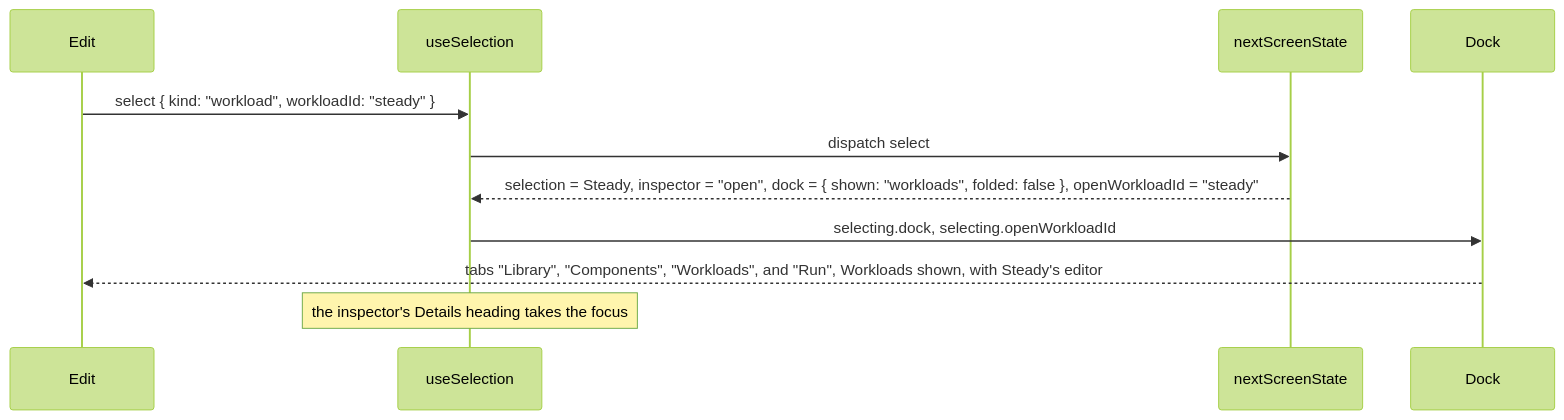
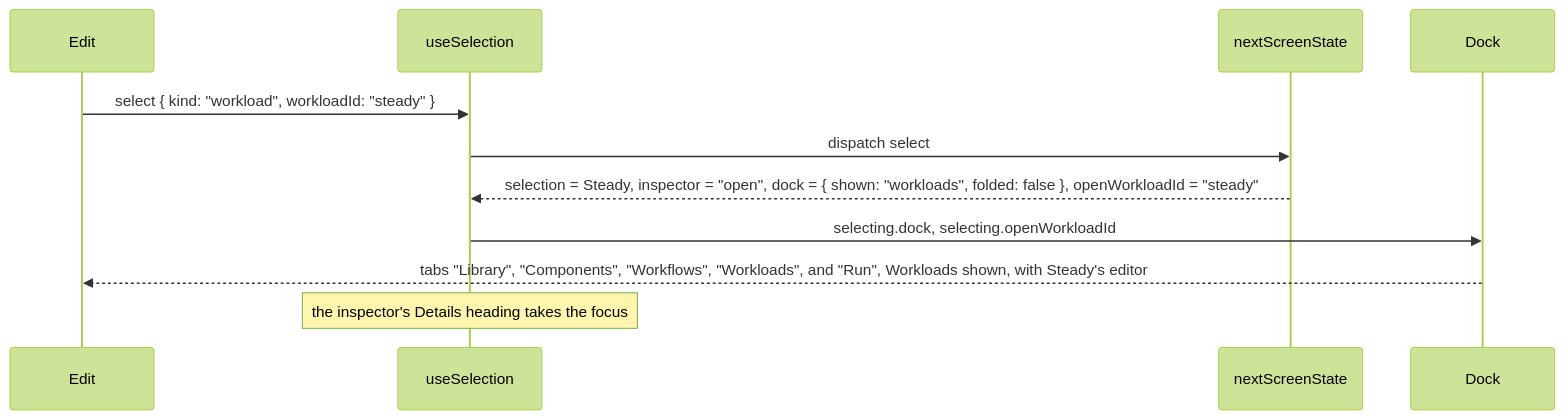
Before and after one commit to alanbickel/wind-tunnel: the fourth of 4 diagrams in docs/architecture/user-interface.md, drawn with Mermaid (forest theme). The commit also changed other lines of this file and 62 other files, not shown here.

Commit message:
feat(ui): add the dock's Workflows tab, move the outline out of the inspector, and remove the workflow picker (#271)

````diff
--- a/docs/architecture/user-interface.md
+++ b/docs/architecture/user-interface.md
@@ -278,13 +278,13 @@
 ```mermaid
 sequenceDiagram
     participant edit as Edit
     participant selection as useSelection
     participant state as nextScreenState
     participant dock as Dock
     edit->>selection: select { kind: "workload", workloadId: "steady" }
     selection->>state: dispatch select
     state-->>selection: selection = Steady, inspector = "open", dock = { shown: "workloads", folded: false }, openWorkloadId = "steady"
     selection->>dock: selecting.dock, selecting.openWorkloadId
-    dock-->>edit: tabs "Library", "Components", "Workloads", and "Run", Workloads shown, with Steady's editor
+    dock-->>edit: tabs "Library", "Components", "Workflows", "Workloads", and "Run", Workloads shown, with Steady's editor
     Note over selection: the inspector's Details heading takes the focus
 ```
````
